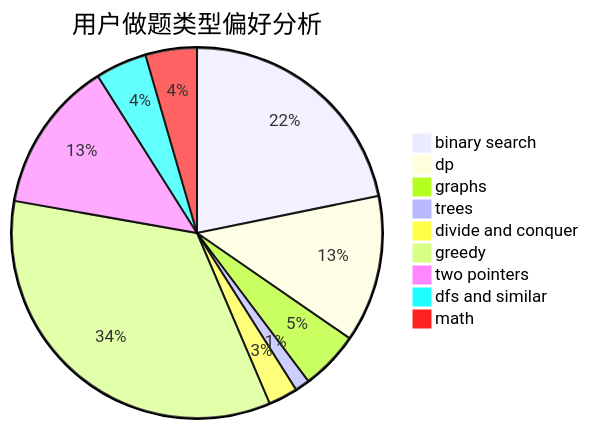
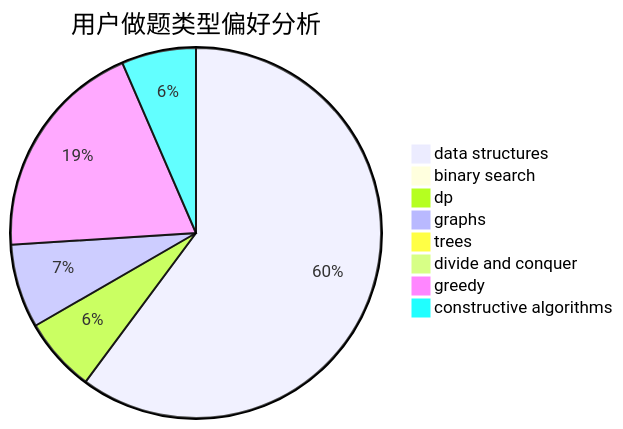
One commit to sherpahu/cfrs.github.io changed the second of 3 diagrams in docs/user/u1158.md. Above: the diagram before and after it, drawn with Mermaid. The commit also changed other lines of this file and 2775 other files, not shown here.

````diff
--- a/docs/user/u1158.md
+++ b/docs/user/u1158.md
@@ -23,12 +23,11 @@
 ```mermaid
 pie title 用户做题类型偏好分析
-    "binary search" :  102
-    "dp" :  60
-    "graphs" :  24
-    "trees" :  6
-    "divide and conquer" :  12
-    "greedy" :  160
-    "two pointers" :  62
-    "dfs and similar" :  21
-    "math" :  21
+    "data structures" :  74
+    "binary search" :  0
+    "dp" :  8
+    "graphs" :  9
+    "trees" :  1
+    "divide and conquer" :  0
+    "greedy" :  24
+    "constructive algorithms" :  8
 ```
````
